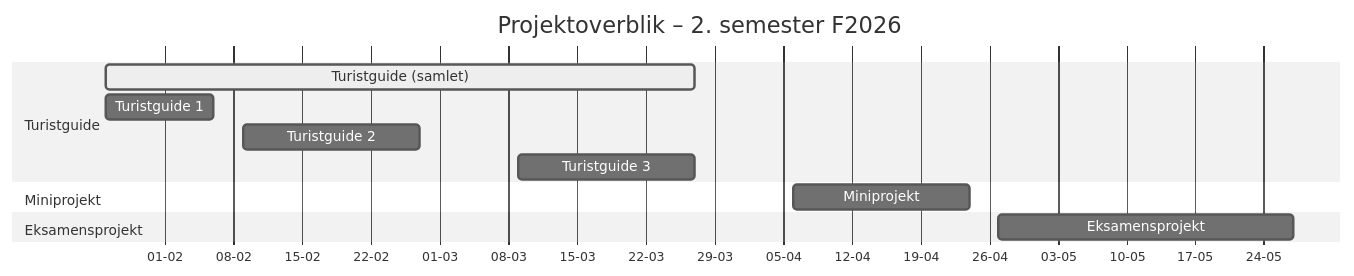
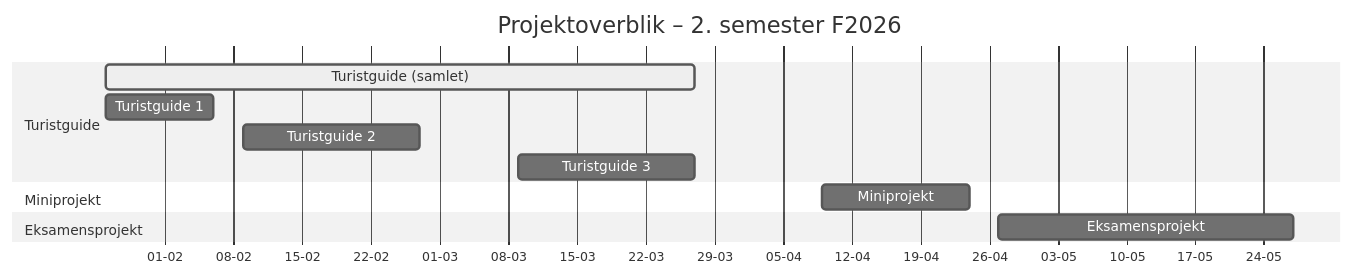
One commit to EK-DATA-2SEM-PROGSYSTEK/DATA-GBG-E25A-B changed the diagram in README.md. Above: the diagram before and after it, drawn with Mermaid (neutral theme).

````diff
--- a/README.md
+++ b/README.md
@@ -680,18 +680,18 @@
 ```mermaid
 gantt
     title Projektoverblik – 2. semester F2026
     dateFormat  YYYY-MM-DD
     axisFormat  %d-%m
 
     section Turistguide
     Turistguide (samlet)            :active, tg, 2026-01-26, 2026-03-27
     Turistguide 1                   :tg1, 2026-01-26, 2026-02-06
     Turistguide 2                   :tg2, 2026-02-09, 2026-02-27
     Turistguide 3                   :tg3, 2026-03-09, 2026-03-27
 
     section Miniprojekt
-    Miniprojekt                     :mini, 2026-04-06, 2026-04-24
+    Miniprojekt                     :mini, 2026-04-09, 2026-04-24
 
     section Eksamensprojekt
     Eksamensprojekt                 :exam, 2026-04-27, 2026-05-27
 ```
````
